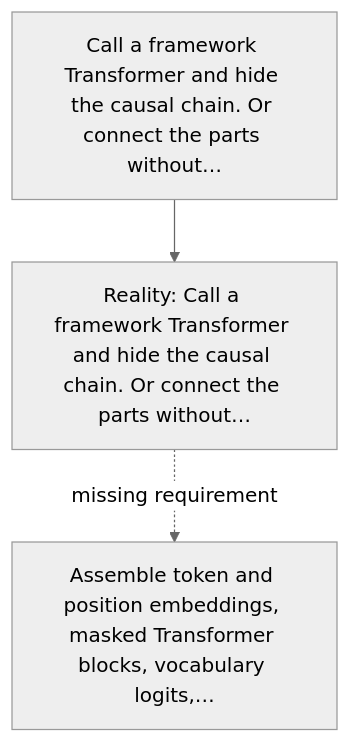
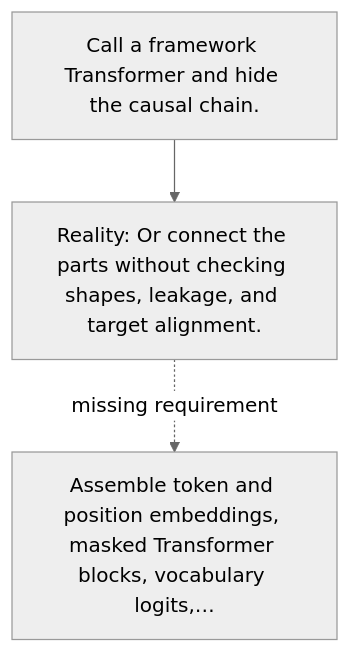
The diagram in excavations/045-tiny-gpt/diagram.md (kleem-labs/AI-Archaeology), drawn with Mermaid (neutral theme) before and after one commit. The commit also changed other lines of this file and 165 other files, not shown here.

````diff
--- a/excavations/045-tiny-gpt/diagram.md
+++ b/excavations/045-tiny-gpt/diagram.md
@@ -5,5 +5,5 @@
 ```mermaid
 flowchart TD
-    A["Call a framework Transformer and hide the causal chain. Or connect the parts without…"] --> B["Reality: Call a framework Transformer and hide the causal chain. Or connect the parts without…"]
+    A["Call a framework Transformer and hide the causal chain."] --> B["Reality: Or connect the parts without checking shapes, leakage, and target alignment."]
     B -. "missing requirement" .-> C["Assemble token and position embeddings, masked Transformer blocks, vocabulary logits,…"]
 ```
````
